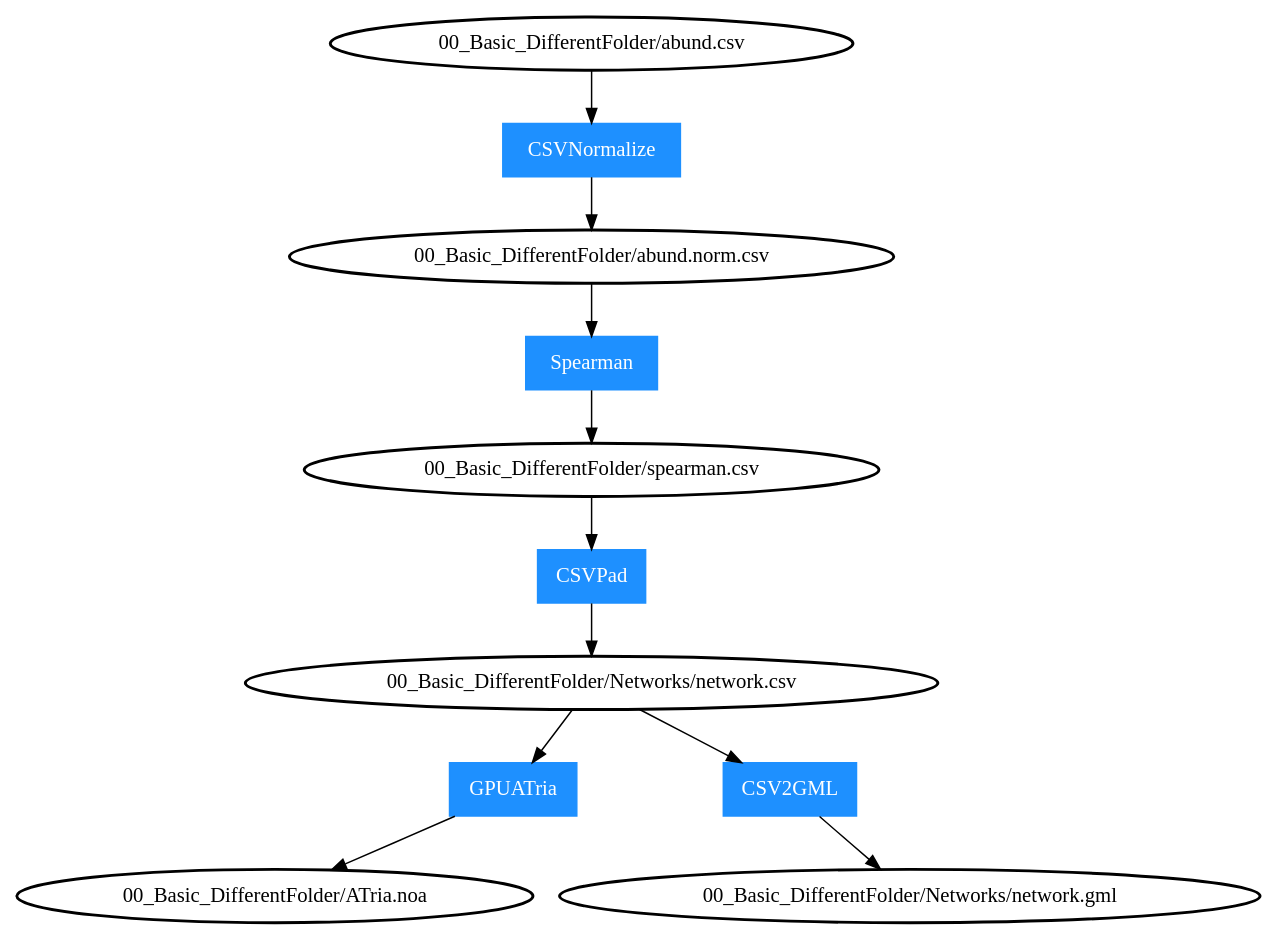
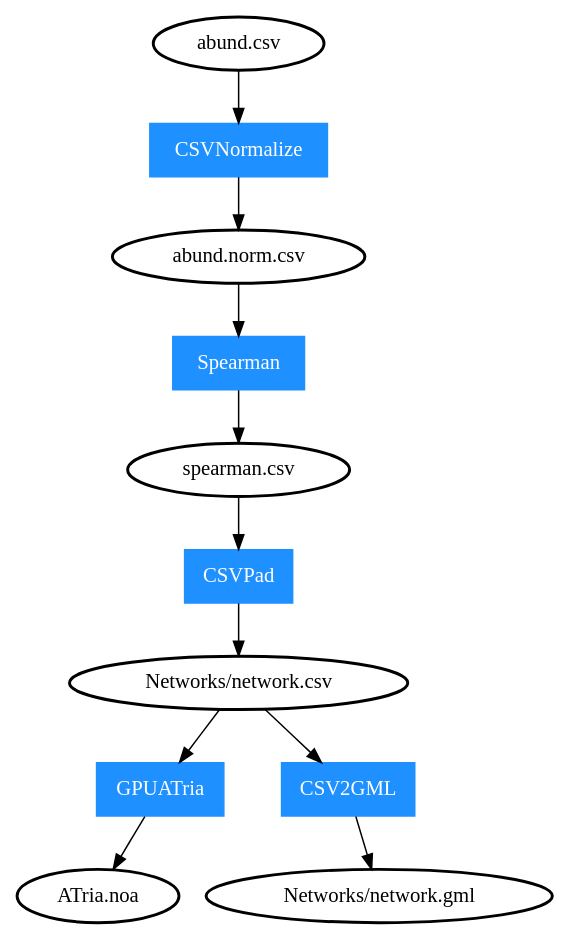
One commit to movingpictures83/PipeViz changed the diagram in 00_Basic_DifferentFolder/expected.dot. Above: the diagram before and after it, drawn with Graphviz. The commit also changed 3 other files, not shown here.

```diff
--- a/00_Basic_DifferentFolder/expected.dot
+++ b/00_Basic_DifferentFolder/expected.dot
@@ -1,13 +1,13 @@
 digraph G {
 	node [style=bold]
-	"00_Basic_DifferentFolder/abund.csv"->"0"->"00_Basic_DifferentFolder/abund.norm.csv";
-	"00_Basic_DifferentFolder/abund.norm.csv"->"1"->"00_Basic_DifferentFolder/spearman.csv";
-	"00_Basic_DifferentFolder/spearman.csv"->"2"->"00_Basic_DifferentFolder/Networks/network.csv";
-	"00_Basic_DifferentFolder/Networks/network.csv"->"3"->"00_Basic_DifferentFolder/ATria.noa";
-	"00_Basic_DifferentFolder/Networks/network.csv"->"4"->"00_Basic_DifferentFolder/Networks/network.gml";
+	"abund.csv"->"0"->"abund.norm.csv";
+	"abund.norm.csv"->"1"->"spearman.csv";
+	"spearman.csv"->"2"->"Networks/network.csv";
+	"Networks/network.csv"->"3"->"ATria.noa";
+	"Networks/network.csv"->"4"->"Networks/network.gml";
 	"0" [label="CSVNormalize", shape=box, color=dodgerblue1, fontcolor=white, style=filled];
 	"1" [label="Spearman", shape=box, color=dodgerblue1, fontcolor=white, style=filled];
 	"2" [label="CSVPad", shape=box, color=dodgerblue1, fontcolor=white, style=filled];
 	"3" [label="GPUATria", shape=box, color=dodgerblue1, fontcolor=white, style=filled];
 	"4" [label="CSV2GML", shape=box, color=dodgerblue1, fontcolor=white, style=filled];
 }
```
